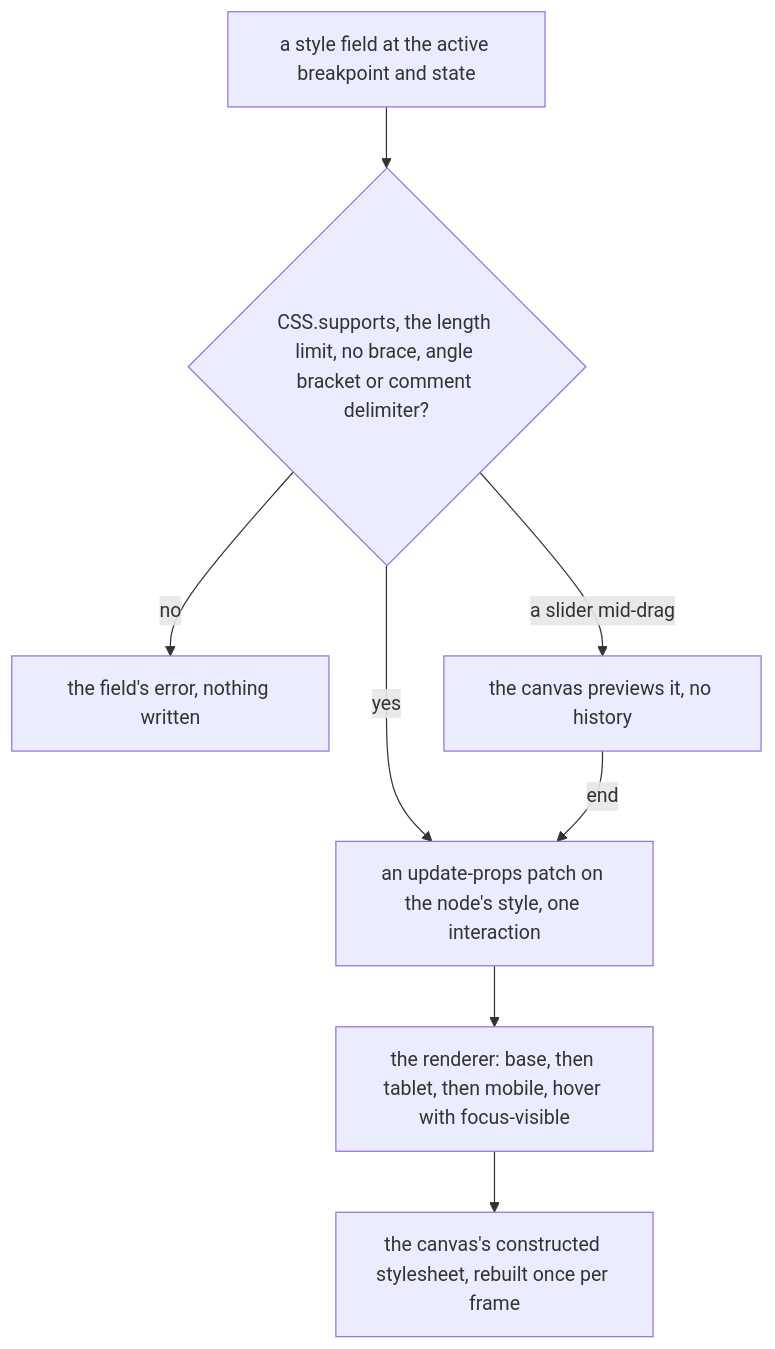
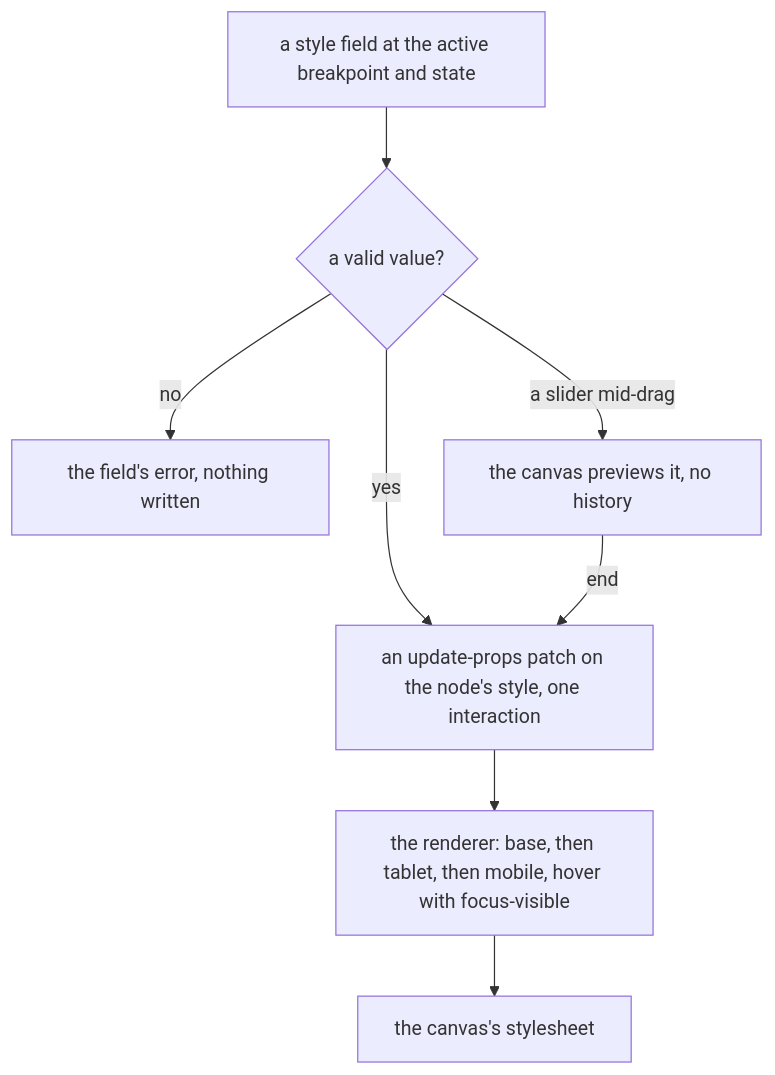
The diagram in openspec/specs/resource/page-builder/style-panel/design.md (Esposter/Esposter), drawn with Mermaid before and after one commit. The commit also changed other lines of this file and 9 other files, not shown here.

````diff
--- a/openspec/specs/resource/page-builder/style-panel/design.md
+++ b/openspec/specs/resource/page-builder/style-panel/design.md
@@ -18,10 +18,10 @@
 ```mermaid
 flowchart TD
-  FIELD["a style field at the active breakpoint and state"] --> CHECK{"CSS.supports, the length limit, no brace, angle bracket or comment delimiter?"}
+  FIELD["a style field at the active breakpoint and state"] --> CHECK{"a valid value?"}
   CHECK -->|no| ERR["the field's error, nothing written"]
   CHECK -->|"a slider mid-drag"| PREVIEW["the canvas previews it, no history"]
   CHECK -->|yes| PATCH["an update-props patch on the node's style, one interaction"]
   PREVIEW -->|"end"| PATCH
   PATCH --> EMIT["the renderer: base, then tablet, then mobile, hover with focus-visible"]
-  EMIT --> SHEET["the canvas's constructed stylesheet, rebuilt once per frame"]
+  EMIT --> SHEET["the canvas's stylesheet"]
 ```
````
